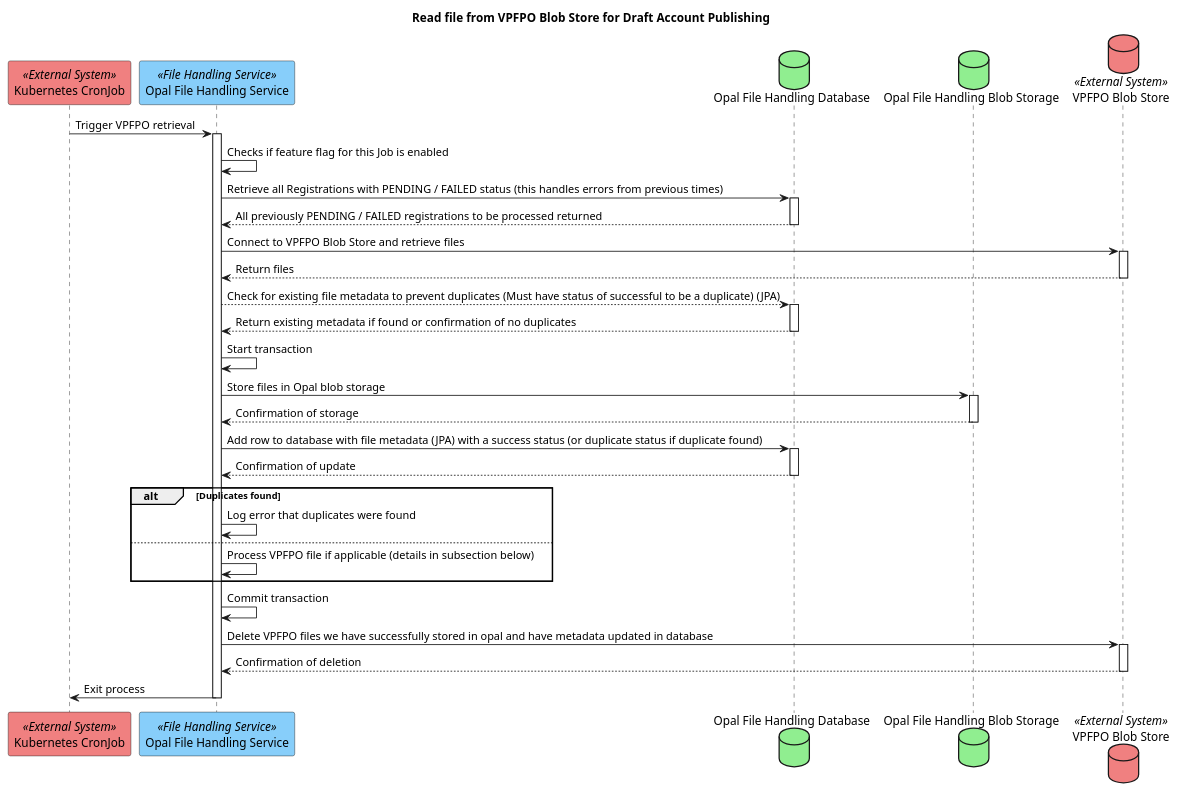
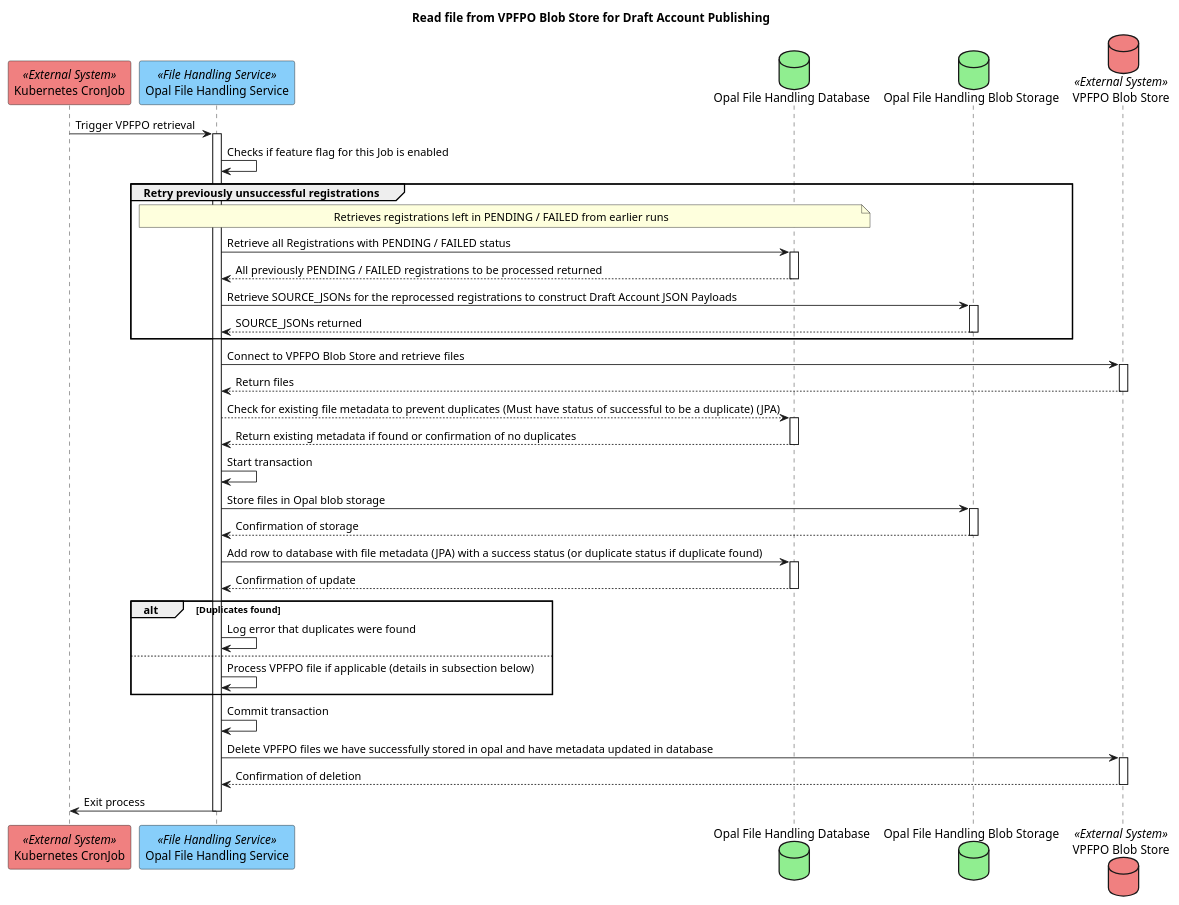
The diagram in plantUML/external-interfaces/file-handling-from-vpfpo.puml (hmcts/opal-docs), drawn with PlantUML before and after one commit.

Commit message:
Adding comment in and box for retrying previous failed registrations

```diff
--- a/plantUML/external-interfaces/file-handling-from-vpfpo.puml
+++ b/plantUML/external-interfaces/file-handling-from-vpfpo.puml
@@ -1,32 +1,40 @@
 @startuml
 title Read file from VPFPO Blob Store for Draft Account Publishing
 participant "Kubernetes CronJob" as cronjob <<External System>> #LightCoral
 participant "Opal File Handling Service" as fileHandlingService <<File Handling Service>> #LightSkyBlue
 database "Opal File Handling Database" as fileHandlingDb #LightGreen
 database "Opal File Handling Blob Storage" as fileHandlingBlobStorage #LightGreen
 database "VPFPO Blob Store" as vpfpoBlobStore <<External System>> #LightCoral
 
 cronjob -> fileHandlingService ++ : Trigger VPFPO retrieval
 fileHandlingService -> fileHandlingService : Checks if feature flag for this Job is enabled
-fileHandlingService -> fileHandlingDb ++ : Retrieve all Registrations with PENDING / FAILED status (this handles errors from previous times)
-fileHandlingDb --> fileHandlingService -- : All previously PENDING / FAILED registrations to be processed returned
+group Retry previously unsuccessful registrations
+    note over fileHandlingService, fileHandlingDb
+      Retrieves registrations left in PENDING / FAILED from earlier runs
+    end note
+
+    fileHandlingService -> fileHandlingDb ++ : Retrieve all Registrations with PENDING / FAILED status
+    fileHandlingDb --> fileHandlingService -- : All previously PENDING / FAILED registrations to be processed returned
+    fileHandlingService -> fileHandlingBlobStorage ++ : Retrieve SOURCE_JSONs for the reprocessed registrations to construct Draft Account JSON Payloads
+    fileHandlingBlobStorage --> fileHandlingService -- : SOURCE_JSONs returned
+end
 fileHandlingService -> vpfpoBlobStore ++ : Connect to VPFPO Blob Store and retrieve files
 vpfpoBlobStore --> fileHandlingService -- : Return files
 fileHandlingService --> fileHandlingDb ++ : Check for existing file metadata to prevent duplicates (Must have status of successful to be a duplicate) (JPA)
 fileHandlingDb --> fileHandlingService -- : Return existing metadata if found or confirmation of no duplicates
 fileHandlingService -> fileHandlingService : Start transaction
 fileHandlingService -> fileHandlingBlobStorage ++ : Store files in Opal blob storage
 fileHandlingBlobStorage --> fileHandlingService -- : Confirmation of storage
 fileHandlingService -> fileHandlingDb ++ : Add row to database with file metadata (JPA) with a success status (or duplicate status if duplicate found)
 fileHandlingDb --> fileHandlingService -- : Confirmation of update
 alt Duplicates found
     fileHandlingService -> fileHandlingService : Log error that duplicates were found
 else
     fileHandlingService -> fileHandlingService: Process VPFPO file if applicable (details in subsection below)
 end
 
 fileHandlingService -> fileHandlingService : Commit transaction
 fileHandlingService -> vpfpoBlobStore ++ : Delete VPFPO files we have successfully stored in opal and have metadata updated in database
 vpfpoBlobStore --> fileHandlingService -- : Confirmation of deletion
 fileHandlingService -> cronjob -- : Exit process
 @enduml
```
